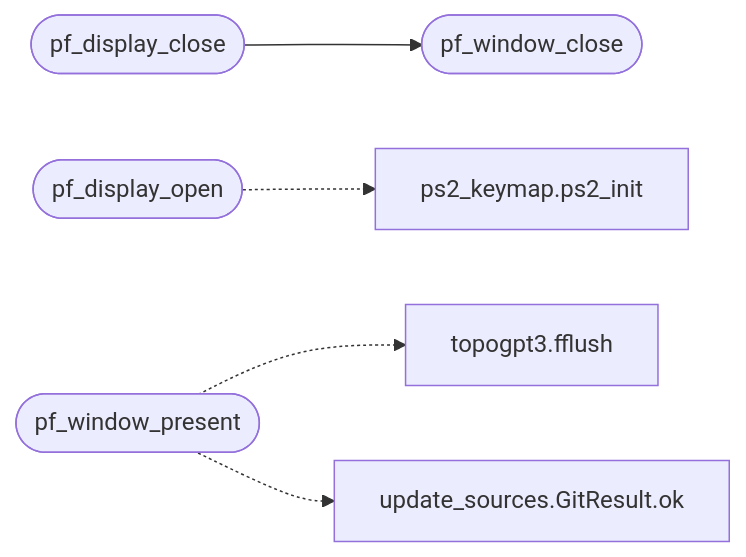
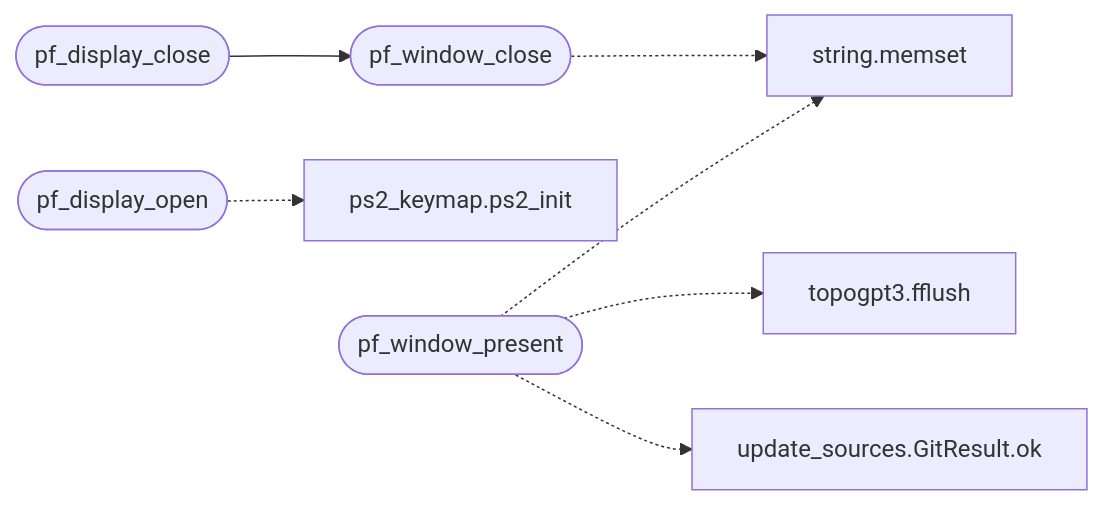
The second of 2 diagrams in readmenator-apidocs/modules/progs.freedomui.platform_minios.c.md (grisuno/miniOS), drawn with Mermaid before and after one commit. The commit also changed other lines of this file and 222 other files, not shown here.

````diff
--- a/readmenator-apidocs/modules/progs.freedomui.platform_minios.c.md
+++ b/readmenator-apidocs/modules/progs.freedomui.platform_minios.c.md
@@ -28,14 +28,17 @@
 ```mermaid
 flowchart LR
     n_progs_freedomui_platform_minios_c__pf_display_close(["pf_display_close"])
     n_progs_freedomui_platform_minios_c__pf_window_close(["pf_window_close"])
     n_progs_freedomui_platform_minios_c__pf_display_open(["pf_display_open"])
     n_progs_freedomui_ps2_keymap_h__ps2_init["ps2_keymap.ps2_init"]
+    n_kernel_string_c__memset["string.memset"]
     n_progs_freedomui_platform_minios_c__pf_window_present(["pf_window_present"])
     n_progs_topogpt3_topogpt3_c__fflush["topogpt3.fflush"]
     n_tools_update_sources_py__GitResult_ok["update_sources.GitResult.ok"]
     n_progs_freedomui_platform_minios_c__pf_display_close --> n_progs_freedomui_platform_minios_c__pf_window_close
     n_progs_freedomui_platform_minios_c__pf_display_open -.-> n_progs_freedomui_ps2_keymap_h__ps2_init
+    n_progs_freedomui_platform_minios_c__pf_window_close -.-> n_kernel_string_c__memset
+    n_progs_freedomui_platform_minios_c__pf_window_present -.-> n_kernel_string_c__memset
     n_progs_freedomui_platform_minios_c__pf_window_present -.-> n_progs_topogpt3_topogpt3_c__fflush
     n_progs_freedomui_platform_minios_c__pf_window_present -.-> n_tools_update_sources_py__GitResult_ok
 ```
````
